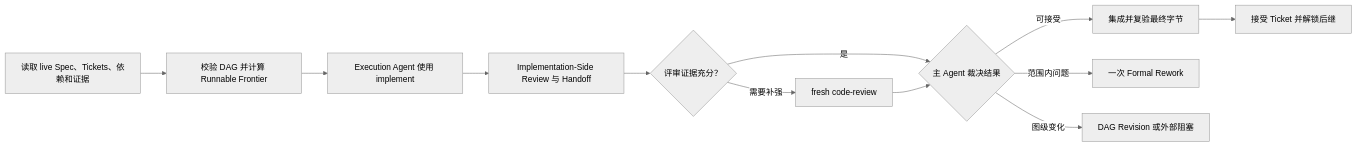
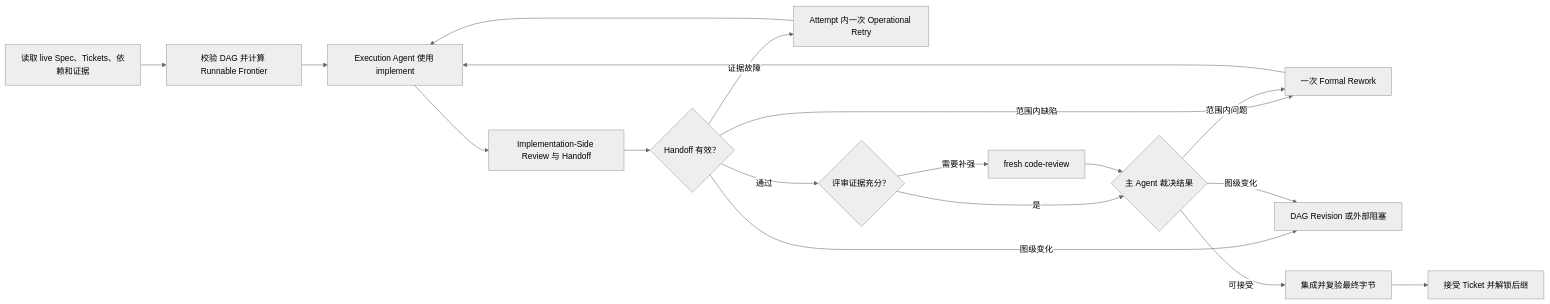
Before and after one commit to RedHeartSecretMan/dag-skill: the diagram in README.md, drawn with Mermaid (neutral theme). The commit also changed other lines of this file and 6 other files, not shown here.

````diff
--- a/README.md
+++ b/README.md
@@ -48,14 +49,20 @@
 ```mermaid
 flowchart LR
     A["读取 live Spec、Tickets、依赖和证据"] --> B["校验 DAG 并计算 Runnable Frontier"]
     B --> C["Execution Agent 使用 implement"]
     C --> D["Implementation-Side Review 与 Handoff"]
-    D --> E{"评审证据充分？"}
-    E -->|"是"| G{"主 Agent 裁决结果"}
-    E -->|"需要补强"| F["fresh code-review"]
+    D --> E{"Handoff 有效？"}
+    E -->|"证据故障"| R["Attempt 内一次 Operational Retry"]
+    E -->|"范围内缺陷"| I["一次 Formal Rework"]
+    E -->|"图级变化"| J["DAG Revision 或外部阻塞"]
+    E -->|"通过"| Q{"评审证据充分？"}
+    Q -->|"是"| G{"主 Agent 裁决结果"}
+    Q -->|"需要补强"| F["fresh code-review"]
     F --> G
     G -->|"可接受"| H["集成并复验最终字节"]
     H --> K["接受 Ticket 并解锁后继"]
     G -->|"范围内问题"| I["一次 Formal Rework"]
     G -->|"图级变化"| J["DAG Revision 或外部阻塞"]
+    R --> C
+    I --> C
 ```
````
